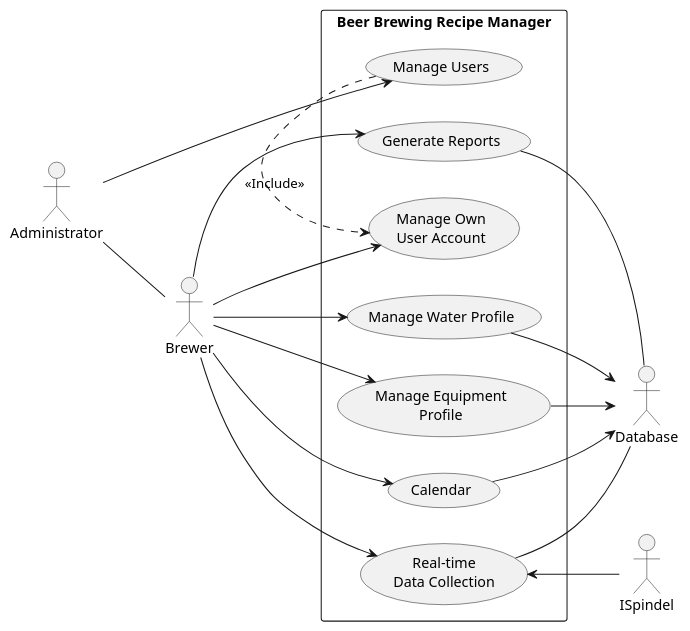
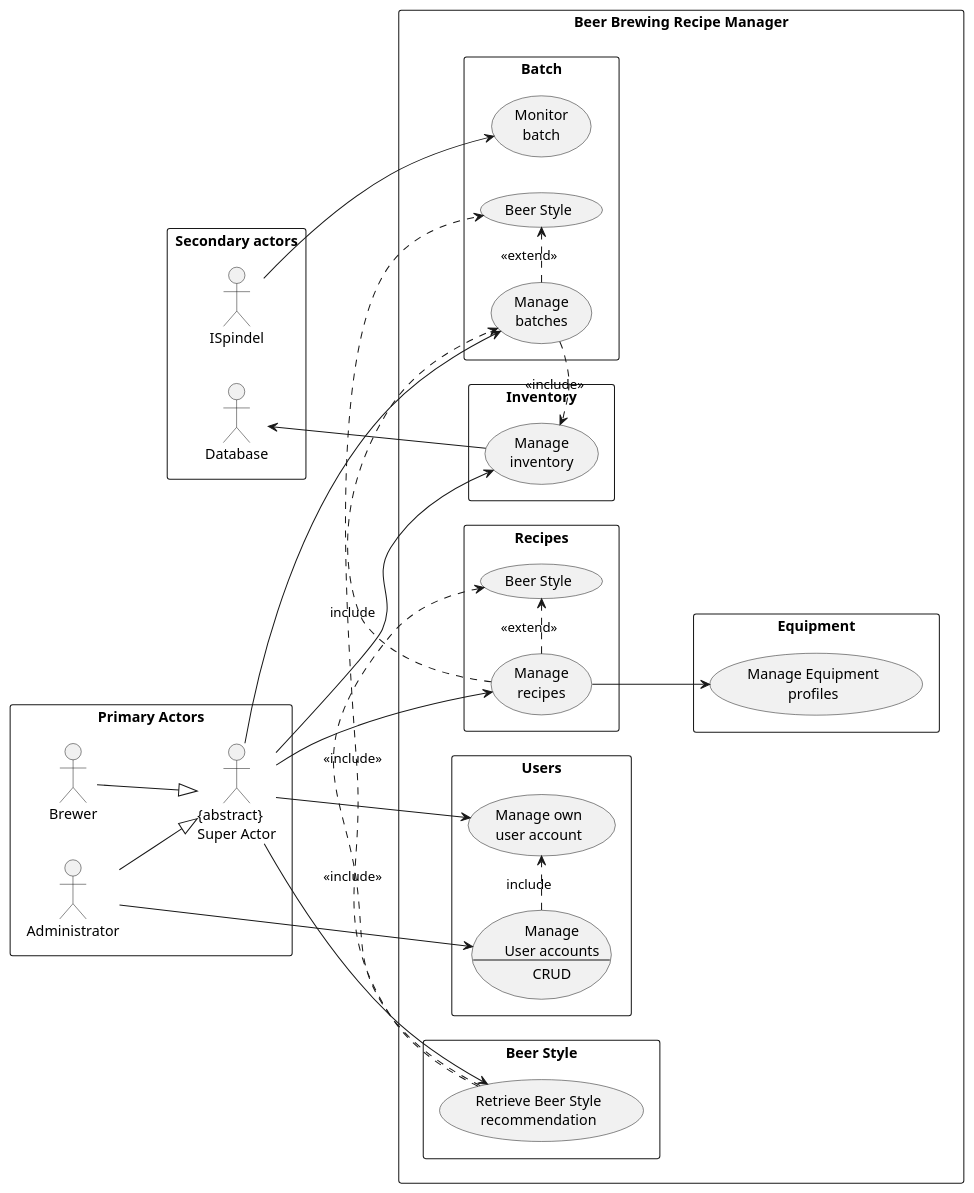
The diagram in doc/1-Conception-Phase/plantuml/BrewUsecaseOverview.puml (asbor/iu-project-software-engineering), drawn with PlantUML before and after one commit. The commit also changed 1 other file, not shown here.

```diff
--- a/doc/1-Conception-Phase/plantuml/BrewUsecaseOverview.puml
+++ b/doc/1-Conception-Phase/plantuml/BrewUsecaseOverview.puml
@@ -1,30 +1,79 @@
 @startuml
 
 left to right direction
 
-actor Administrator as Admin
-actor Brewer as Brew
-actor Database as DB
-actor ISpindel as Spindel
+rectangle "Primary Actors" {
+    actor Administrator as Admin
+    actor Brewer as Brew
+    actor "{abstract}\nSuper Actor" as SuperActor
 
-Admin -- Brew
+}
+
+rectangle "Secondary actors"{
+    actor Database as DB
+    actor ISpindel as ISpindel
+}
 
 rectangle "Beer Brewing Recipe Manager" {
-    Admin --> (Manage Users)
-    Brew --> (Manage Water Profile)
-    Brew --> (Manage Equipment\nProfile)
-    Brew --> (Calendar)
-    Brew --> (Real-time\nData Collection)
-    Brew --> (Generate Reports)
-    Brew --> (Manage Own\nUser Account)
 
-    (Manage Users) .> (Manage Own\nUser Account) : <<Include>>
-    (Real-time\nData Collection) <-- Spindel
-    (Real-time\nData Collection) -- DB
-    (Manage Water Profile) --> DB
-    (Manage Equipment\nProfile) --> DB
-    (Calendar) --> DB
-    (Generate Reports) -- DB
+    rectangle "Users" {
+        usecase (Manage own\nuser account) as ManageOwnUser
+        usecase (Manage\nUser accounts\n---\nCRUD) as ManageUserAccounts
+        ManageUserAccounts .> ManageOwnUser : include
+    }
+
+    rectangle "Recipes" {
+        usecase (Manage\nrecipes) as ManageRecipes
+        usecase (Beer Style) as SelectedRecipeBeerStyle
+        ManageRecipes .> SelectedRecipeBeerStyle : <<extend>>
+    }
+
+    rectangle "Batch" {
+        usecase (Manage\nbatches) as ManageBatches
+        usecase (Beer Style) as SelectedBatchBeerStyle
+        usecase (Monitor\nbatch) as MonitorBatch
+        ManageBatches .> SelectedBatchBeerStyle : <<extend>>
+        
+    }
+
+    rectangle "Inventory" {
+        usecase (Manage\ninventory) as ManageInventory
+    }
+
+    rectangle "Equipment" {
+        usecase (Manage Equipment\nprofiles) as SelectEquipmentProfile
+    }
+
+    rectangle "Beer Style" {
+        usecase (Retrieve Beer Style\nrecommendation) as BeerStyleRecommendation
+    }
+
+
+
 }
 
+Admin --|> SuperActor
+Brew --|> SuperActor
+
+Admin --> ManageUserAccounts
+SuperActor --> ManageOwnUser
+SuperActor --> BeerStyleRecommendation
+
+BeerStyleRecommendation .> SelectedRecipeBeerStyle : <<include>>
+BeerStyleRecommendation .> SelectedBatchBeerStyle : <<include>>
+
+ManageBatches .> ManageInventory : <<include>>
+
+SuperActor --> ManageRecipes
+SuperActor --> ManageInventory
+SuperActor --> ManageBatches
+
+
+ManageRecipes .> ManageBatches : include
+ManageRecipes --> SelectEquipmentProfile
+
+ManageInventory --> DB
+ISpindel --> MonitorBatch
+
+
 @enduml
```
